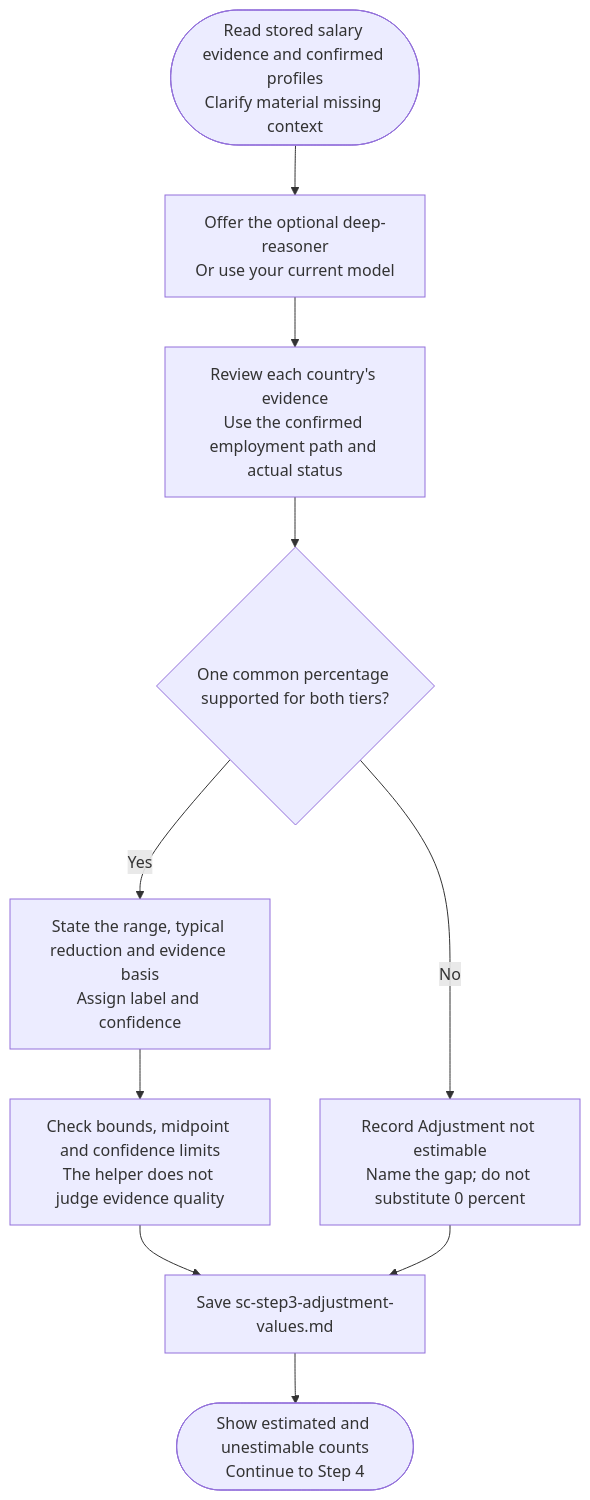
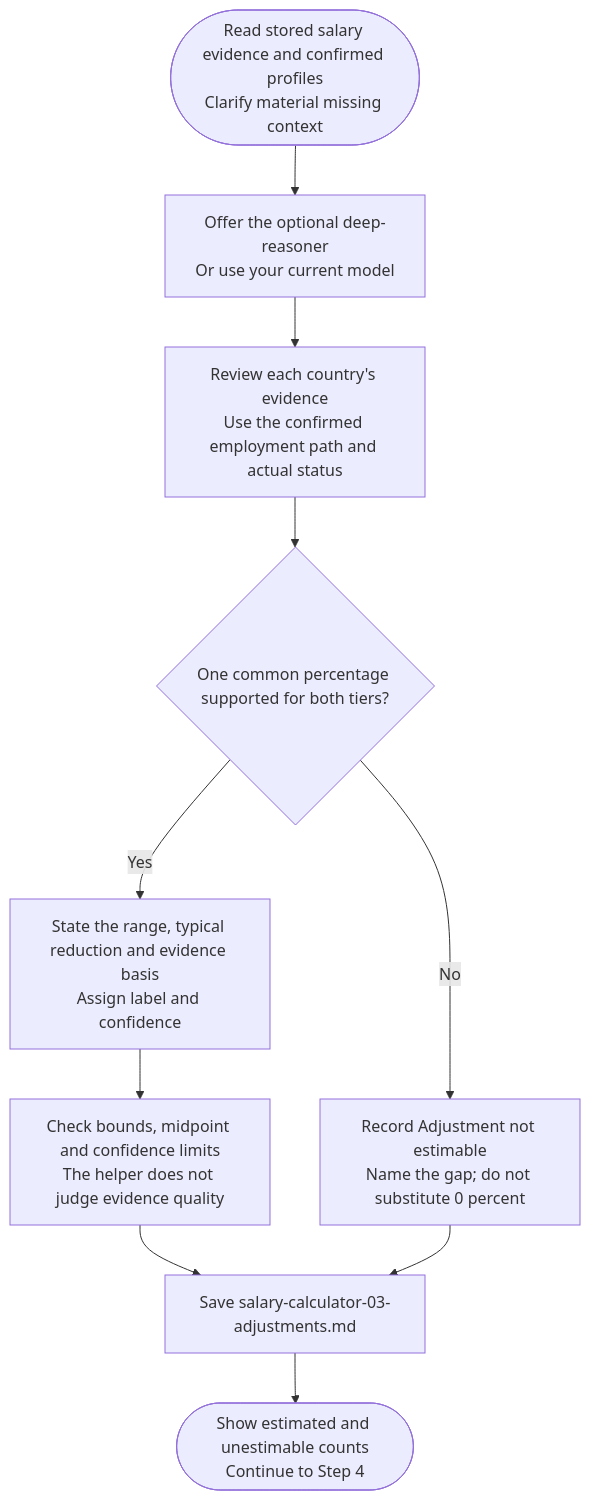
The diagram in docs/commands/salary-calculator/step3-international-adjustment.md (myowinthein/agent-compass), drawn with Mermaid before and after one commit. The commit also changed other lines of this file and 44 other files, not shown here.

````diff
--- a/docs/commands/salary-calculator/step3-international-adjustment.md
+++ b/docs/commands/salary-calculator/step3-international-adjustment.md
@@ -14,12 +14,12 @@
 ```mermaid
 flowchart TD
   Start(["Read stored salary evidence and confirmed profiles<br/>Clarify material missing context"]) --> Model["Offer the optional deep-reasoner<br/>Or use your current model"]
   Model --> Review["Review each country's evidence<br/>Use the confirmed employment path and actual status"]
   Review --> Basis{"One common percentage supported for both tiers?"}
   Basis -->|Yes| Estimate["State the range, typical reduction and evidence basis<br/>Assign label and confidence"]
   Estimate --> Check["Check bounds, midpoint and confidence limits<br/>The helper does not judge evidence quality"]
   Basis -->|No| Unknown["Record Adjustment not estimable<br/>Name the gap; do not substitute 0 percent"]
-  Check --> Save["Save sc-step3-adjustment-values.md"]
+  Check --> Save["Save salary-calculator-03-adjustments.md"]
   Unknown --> Save
   Save --> Next(["Show estimated and unestimable counts<br/>Continue to Step 4"])
 ```
````
